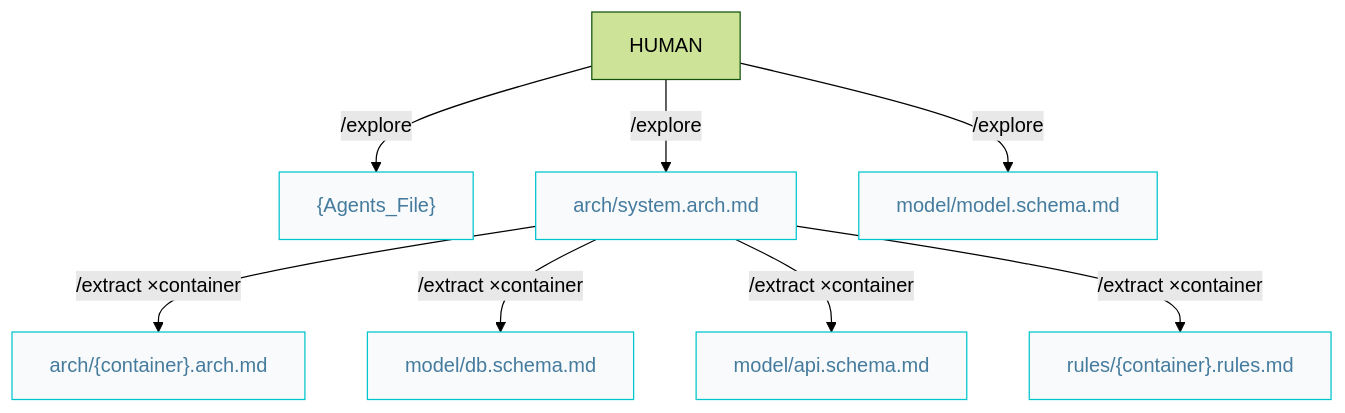
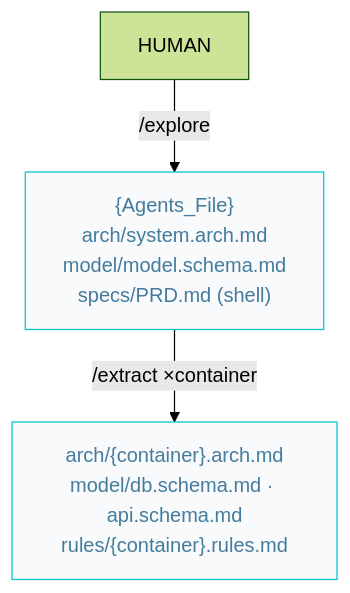
One commit to AIDDbot/AIDDbot changed the third of 5 diagrams in docs/AIDD.workflow.md. Above: the diagram before and after it, drawn with Mermaid (forest theme). The commit also changed other lines of this file and 1 other file, not shown here.

First line of the commit message:
docs(workflow): rewrite as a lean picture of the system

````diff
--- a/docs/AIDD.workflow.md
+++ b/docs/AIDD.workflow.md
@@ -92,21 +82,7 @@
 ```mermaid
 flowchart TD
-  HUM[HUMAN]
-  AGT["{Agents_File}"]:::nd
-  ARC["arch/system.arch.md"]:::nd
-  MOD["model/model.schema.md"]:::nd
-  CAR["arch/{container}.arch.md"]:::nd
-  DBS["model/db.schema.md"]:::nd
-  API["model/api.schema.md"]:::nd
-  RUL["rules/{container}.rules.md"]:::nd
+  classDef nd fill:#f8fafc,stroke:#00c4cc,color:#457b9d
 
-  HUM -->|/explore| AGT
-  HUM -->|/explore| ARC
-  HUM -->|/explore| MOD
-  ARC -->|/extract ×container| CAR
-  ARC -->|/extract ×container| DBS
-  ARC -->|/extract ×container| API
-  ARC -->|/extract ×container| RUL
-
-  classDef nd fill:#f8fafc,stroke:#00c4cc,color:#457b9d
+  HUM[HUMAN] -->|/explore| SYS["{Agents_File}<br/>arch/system.arch.md<br/>model/model.schema.md<br/>specs/PRD.md (shell)"]:::nd
+  SYS -->|"/extract ×container"| DET["arch/{container}.arch.md<br/>model/db.schema.md · api.schema.md<br/>rules/{container}.rules.md"]:::nd
 ```
````
